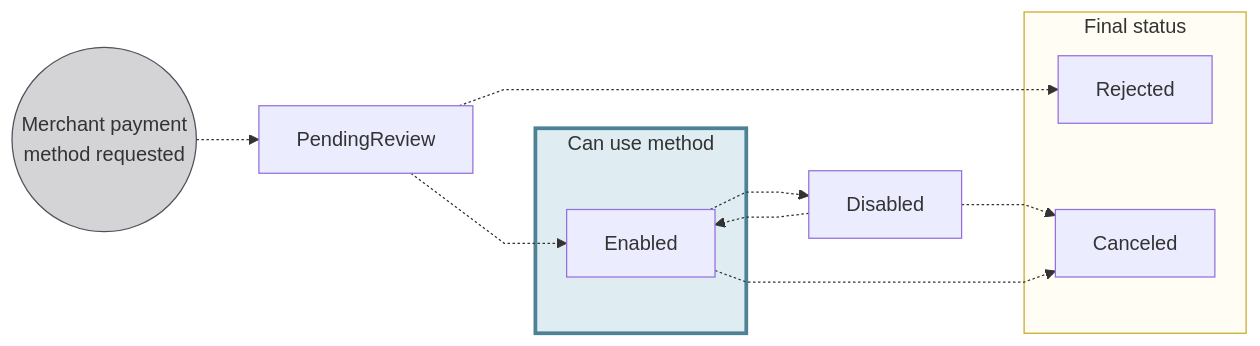
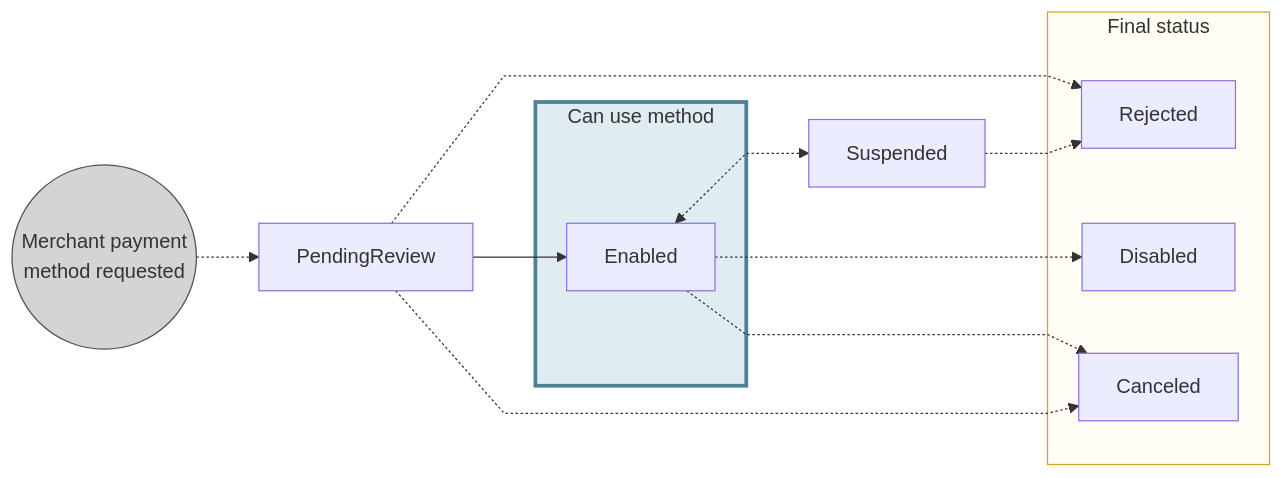
Before and after one commit to swan-io/docs: the second of 2 diagrams in docs/topics/merchants/index.mdx, drawn with Mermaid. The commit also changed other lines of this file and 3 other files, not shown here.

````diff
--- a/docs/topics/merchants/index.mdx
+++ b/docs/topics/merchants/index.mdx
@@ -119,21 +127,23 @@
 ```mermaid
 %%{ init: { 'flowchart': { 'curve': 'linear' } } }%%
 flowchart LR
     MPMR((Merchant payment<br/>method requested)) -.-> PR[PendingReview]
     PR -.-> R[Rejected]
-    PR -.-> E[Enabled]
+    PR --> E[Enabled]
+    E <-.-> S[Suspended]
+    S -.-> R
     E -.-> D[Disabled]
-    D -.-> E
-    D -.-> CD[Canceled]
-    E -.-> CD
+    E -.-> C[Canceled]
+    PR -.-> C
     subgraph U[Can use method]
         E
     end
     subgraph F[Final status]
-        CD
+        D
         R
+        C
     end
     style MPMR fill:#D4D3D5,stroke:#514F59
     style F fill:#fffdf4,stroke:#cca922
     style U fill:#dfedf2,stroke:#4d8296, stroke-width:3px
 ```
````
